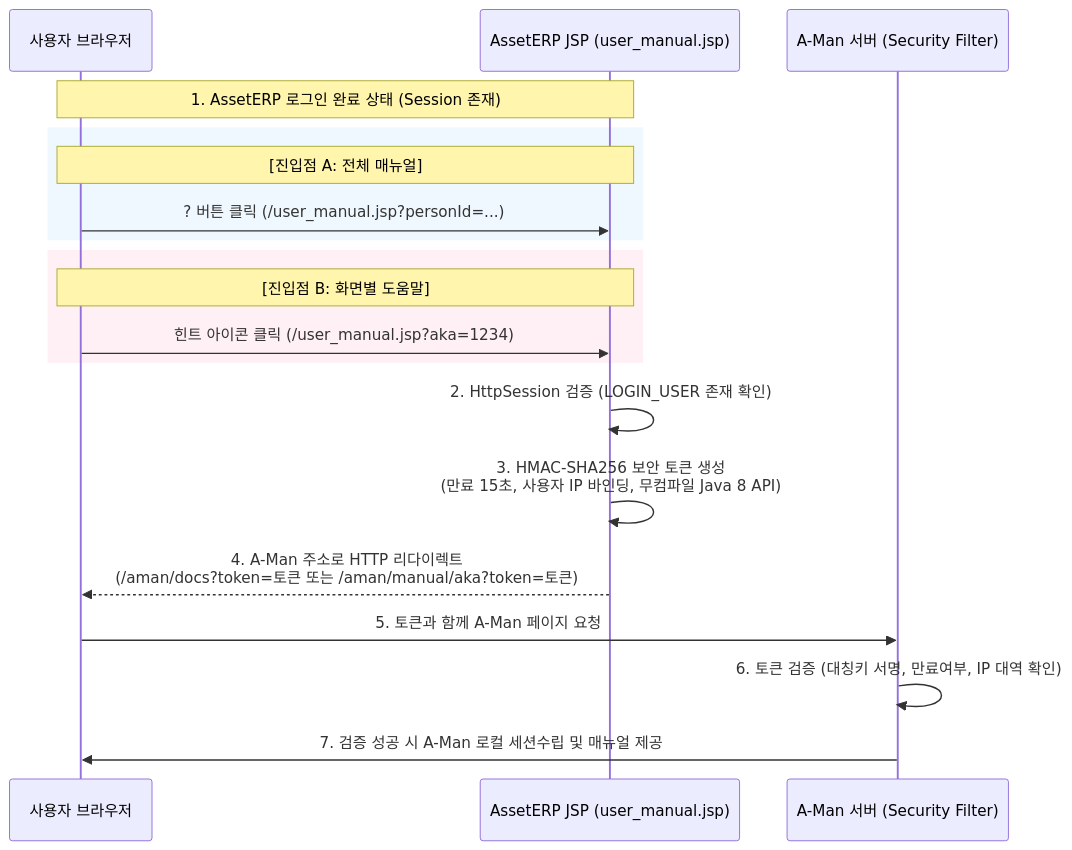
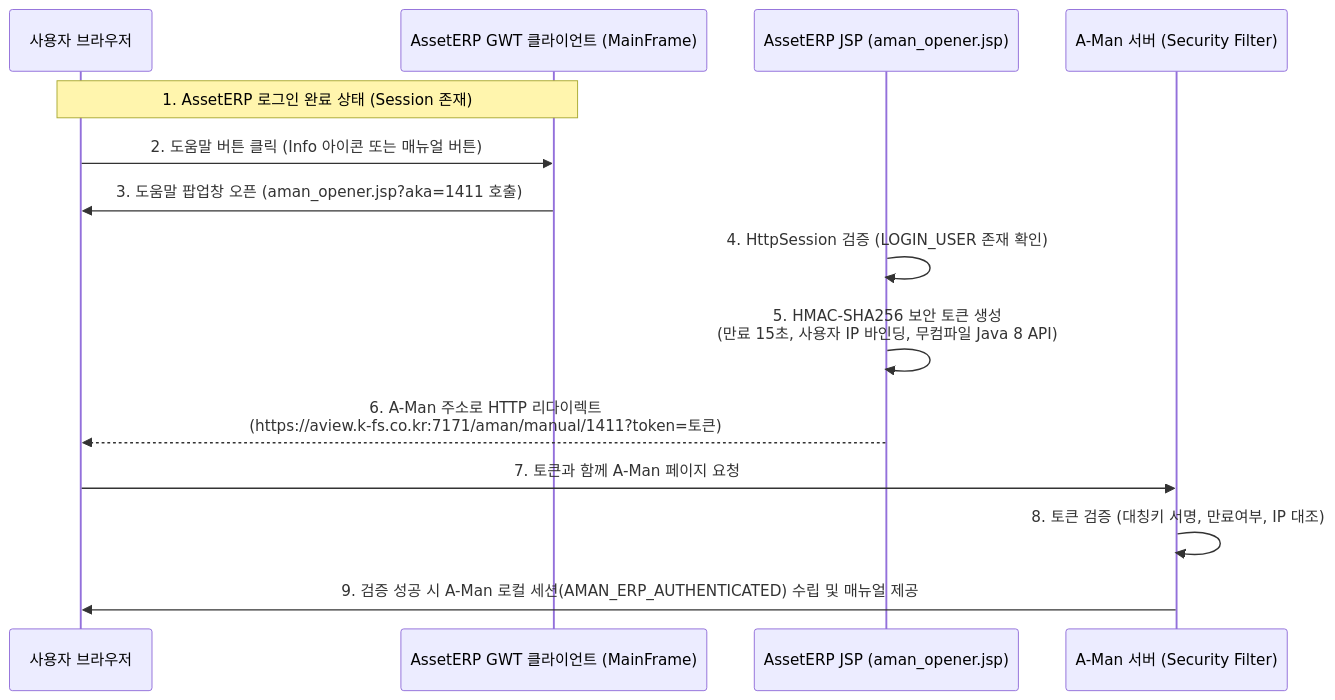
The diagram in docs/보안강화-네트워크.md (KimDoYoung/A-Man), drawn with Mermaid before and after one commit. The commit also changed other lines of this file and 5 other files, not shown here.

````diff
--- a/docs/보안강화-네트워크.md
+++ b/docs/보안강화-네트워크.md
@@ -9,26 +33,20 @@
 ```mermaid
 sequenceDiagram
     participant User as 사용자 브라우저
-    participant ERP_JSP as AssetERP JSP (user_manual.jsp)
+    participant ERP_Clt as AssetERP GWT 클라이언트 (MainFrame)
+    participant ERP_JSP as AssetERP JSP (aman_opener.jsp)
     participant AMAN_Srv as A-Man 서버 (Security Filter)
 
-    Note over User, ERP_JSP: 1. AssetERP 로그인 완료 상태 (Session 존재)
+    Note over User, ERP_Clt: 1. AssetERP 로그인 완료 상태 (Session 존재)
     
-    rect rgb(240, 248, 255)
-        Note over User, ERP_JSP: [진입점 A: 전체 매뉴얼]
-        User->>ERP_JSP: ? 버튼 클릭 (/user_manual.jsp?personId=...)
-    end
+    User->>ERP_Clt: 2. 도움말 버튼 클릭 (Info 아이콘 또는 매뉴얼 버튼)
+    ERP_Clt->>User: 3. 도움말 팝업창 오픈 (aman_opener.jsp?aka=1411 호출)
     
-    rect rgb(255, 240, 245)
-        Note over User, ERP_JSP: [진입점 B: 화면별 도움말]
-        User->>ERP_JSP: 힌트 아이콘 클릭 (/user_manual.jsp?aka=1234)
-    end
-
-    ERP_JSP->>ERP_JSP: 2. HttpSession 검증 (LOGIN_USER 존재 확인)
-    ERP_JSP->>ERP_JSP: 3. HMAC-SHA256 보안 토큰 생성 <br>(만료 15초, 사용자 IP 바인딩, 무컴파일 Java 8 API)
-    ERP_JSP-->>User: 4. A-Man 주소로 HTTP 리다이렉트 <br>(/aman/docs?token=토큰 또는 /aman/manual/aka?token=토큰)
+    ERP_JSP->>ERP_JSP: 4. HttpSession 검증 (LOGIN_USER 존재 확인)
+    ERP_JSP->>ERP_JSP: 5. HMAC-SHA256 보안 토큰 생성 <br>(만료 15초, 사용자 IP 바인딩, 무컴파일 Java 8 API)
+    ERP_JSP-->>User: 6. A-Man 주소로 HTTP 리다이렉트 <br>(https://aview.k-fs.co.kr:7171/aman/manual/1411?token=토큰)
     
-    User->>AMAN_Srv: 5. 토큰과 함께 A-Man 페이지 요청
-    AMAN_Srv->>AMAN_Srv: 6. 토큰 검증 (대칭키 서명, 만료여부, IP 대역 확인)
-    AMAN_Srv->>User: 7. 검증 성공 시 A-Man 로컬 세션수립 및 매뉴얼 제공
+    User->>AMAN_Srv: 7. 토큰과 함께 A-Man 페이지 요청
+    AMAN_Srv->>AMAN_Srv: 8. 토큰 검증 (대칭키 서명, 만료여부, IP 대조)
+    AMAN_Srv->>User: 9. 검증 성공 시 A-Man 로컬 세션(AMAN_ERP_AUTHENTICATED) 수립 및 매뉴얼 제공
 ```
````
